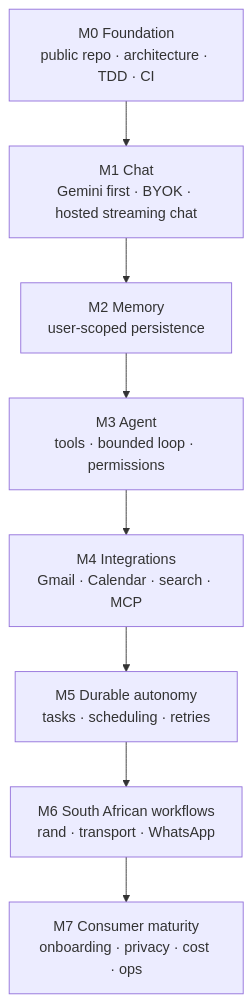
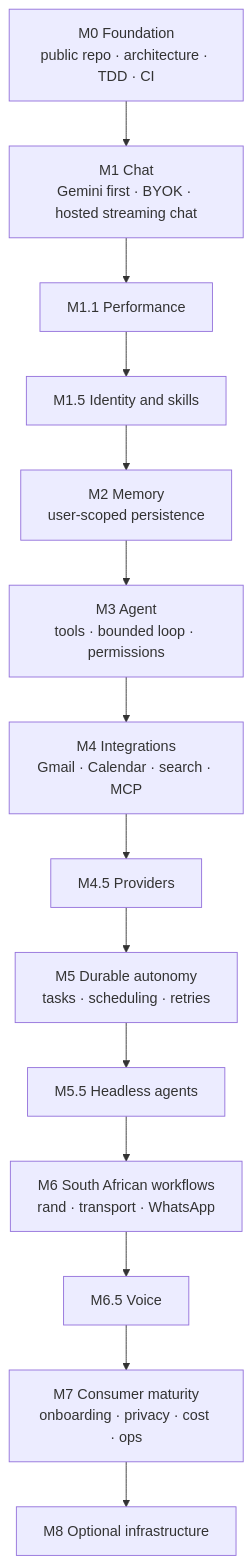
Before and after one commit to leeroy-chakanyuka/chomiii: the diagram in docs/roadmap.md, drawn with Mermaid. The commit also changed other lines of this file, not shown here.

Commit message:
docs: add planned CHOMIII performance, identity, providers, voice and headless milestones

````diff
--- a/docs/roadmap.md
+++ b/docs/roadmap.md
@@ -8,12 +8,12 @@
 ```mermaid
 flowchart TD
     M0["M0 Foundation<br/>public repo · architecture · TDD · CI"]
     M1["M1 Chat<br/>Gemini first · BYOK · hosted streaming chat"]
     M2["M2 Memory<br/>user-scoped persistence"]
     M3["M3 Agent<br/>tools · bounded loop · permissions"]
     M4["M4 Integrations<br/>Gmail · Calendar · search · MCP"]
     M5["M5 Durable autonomy<br/>tasks · scheduling · retries"]
     M6["M6 South African workflows<br/>rand · transport · WhatsApp"]
     M7["M7 Consumer maturity<br/>onboarding · privacy · cost · ops"]
-    M0 --> M1 --> M2 --> M3 --> M4 --> M5 --> M6 --> M7
+    M0 --> M1 --> M11["M1.1 Performance"] --> M15["M1.5 Identity and skills"] --> M2 --> M3 --> M4 --> M45["M4.5 Providers"] --> M5 --> M55["M5.5 Headless agents"] --> M6 --> M65["M6.5 Voice"] --> M7 --> M8["M8 Optional infrastructure"]
 ```
````
